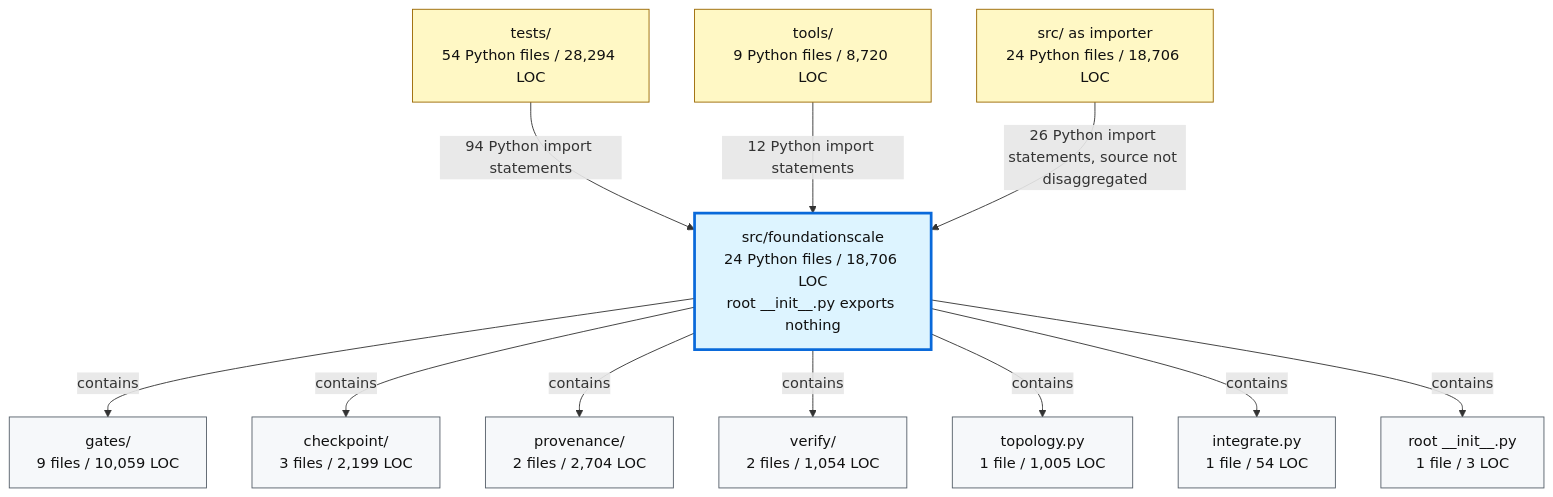
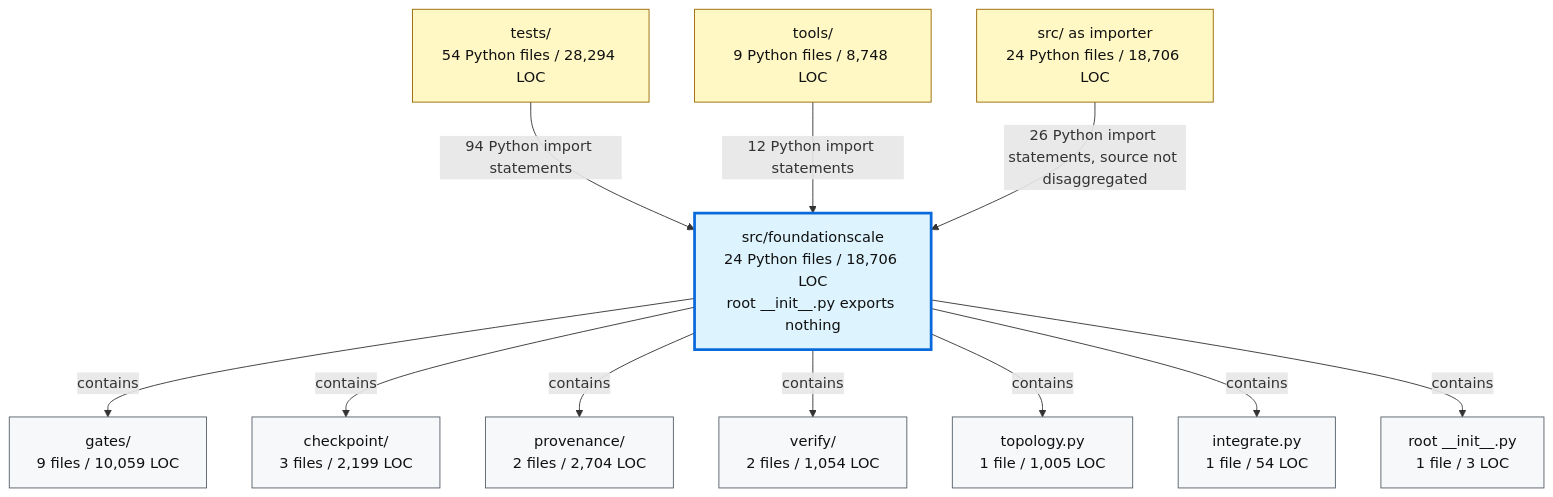
Before and after one commit to TranNhiem/FoundationScale: the second of 2 diagrams in docs/review/D2_current_architecture.md, drawn with Mermaid. The commit also changed other lines of this file and 6 other files, not shown here.

````diff
--- a/docs/review/D2_current_architecture.md
+++ b/docs/review/D2_current_architecture.md
@@ -93,36 +93,36 @@
 ```mermaid
 flowchart TB
   TESTS["tests/<br/>54 Python files / 28,294 LOC"]
-  TOOLS["tools/<br/>9 Python files / 8,720 LOC"]
+  TOOLS["tools/<br/>9 Python files / 8,748 LOC"]
   SRC["src/ as importer<br/>24 Python files / 18,706 LOC"]
 
   FS["src/foundationscale<br/>24 Python files / 18,706 LOC<br/>root __init__.py exports nothing"]
 
   GATES["gates/<br/>9 files / 10,059 LOC"]
   CKPT["checkpoint/<br/>3 files / 2,199 LOC"]
   PROV["provenance/<br/>2 files / 2,704 LOC"]
   VERIFY["verify/<br/>2 files / 1,054 LOC"]
   TOPO["topology.py<br/>1 file / 1,005 LOC"]
   INTEG["integrate.py<br/>1 file / 54 LOC"]
   ROOT["root __init__.py<br/>1 file / 3 LOC"]
 
   TESTS -->|"94 Python import statements"| FS
   TOOLS -->|"12 Python import statements"| FS
   SRC -->|"26 Python import statements, source not disaggregated"| FS
 
   FS -->|"contains"| GATES
   FS -->|"contains"| CKPT
   FS -->|"contains"| PROV
   FS -->|"contains"| VERIFY
   FS -->|"contains"| TOPO
   FS -->|"contains"| INTEG
   FS -->|"contains"| ROOT
 
   classDef consumer fill:#fff8c5,stroke:#9a6700,color:#111;
   classDef package fill:#ddf4ff,stroke:#0969da,stroke-width:3px,color:#111;
   classDef module fill:#f6f8fa,stroke:#57606a,color:#111;
 
   class TESTS,TOOLS,SRC consumer;
   class FS package;
   class GATES,CKPT,PROV,VERIFY,TOPO,INTEG,ROOT module;
 ```
````
